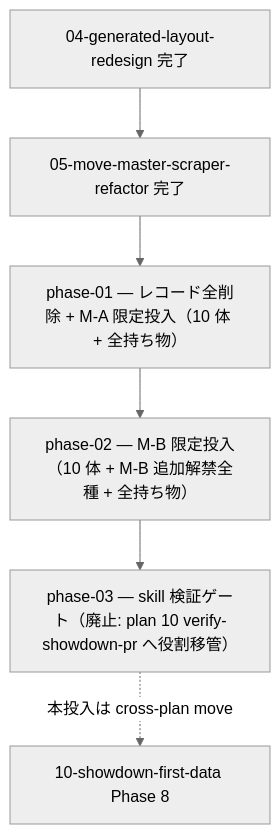
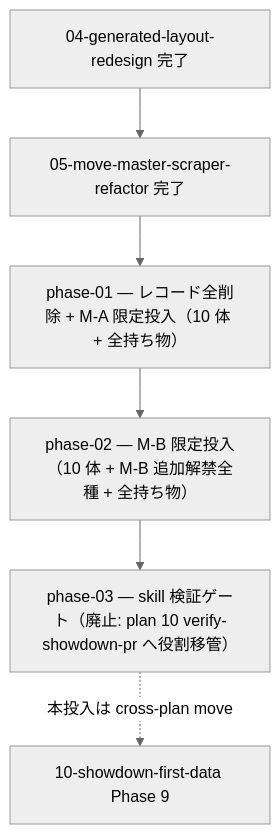
Before and after one commit to subroh0508/pokeform: the diagram in docs/roadmap/completed/09-champions-data-rollout/README.md, drawn with Mermaid (neutral theme). The commit also changed other lines of this file and 10 other files, not shown here.

First line of the commit message:
docs(roadmap): plan 10 に languages 全件辞書化 phase を挿入（本投入 → Phase 9）

````diff
--- a/docs/roadmap/completed/09-champions-data-rollout/README.md
+++ b/docs/roadmap/completed/09-champions-data-rollout/README.md
@@ -17,8 +17,8 @@
 ```mermaid
 flowchart TD
     P04[04-generated-layout-redesign 完了] --> P05[05-move-master-scraper-refactor 完了]
     P05 --> P1[phase-01 — レコード全削除 + M-A 限定投入（10 体 + 全持ち物）]
     P1 --> P2[phase-02 — M-B 限定投入（10 体 + M-B 追加解禁全種 + 全持ち物）]
     P2 --> P3[phase-03 — skill 検証ゲート（廃止: plan 10 verify-showdown-pr へ役割移管）]
-    P3 -.->|本投入は cross-plan move| P10[10-showdown-first-data Phase 8]
+    P3 -.->|本投入は cross-plan move| P10[10-showdown-first-data Phase 9]
 ```
````
